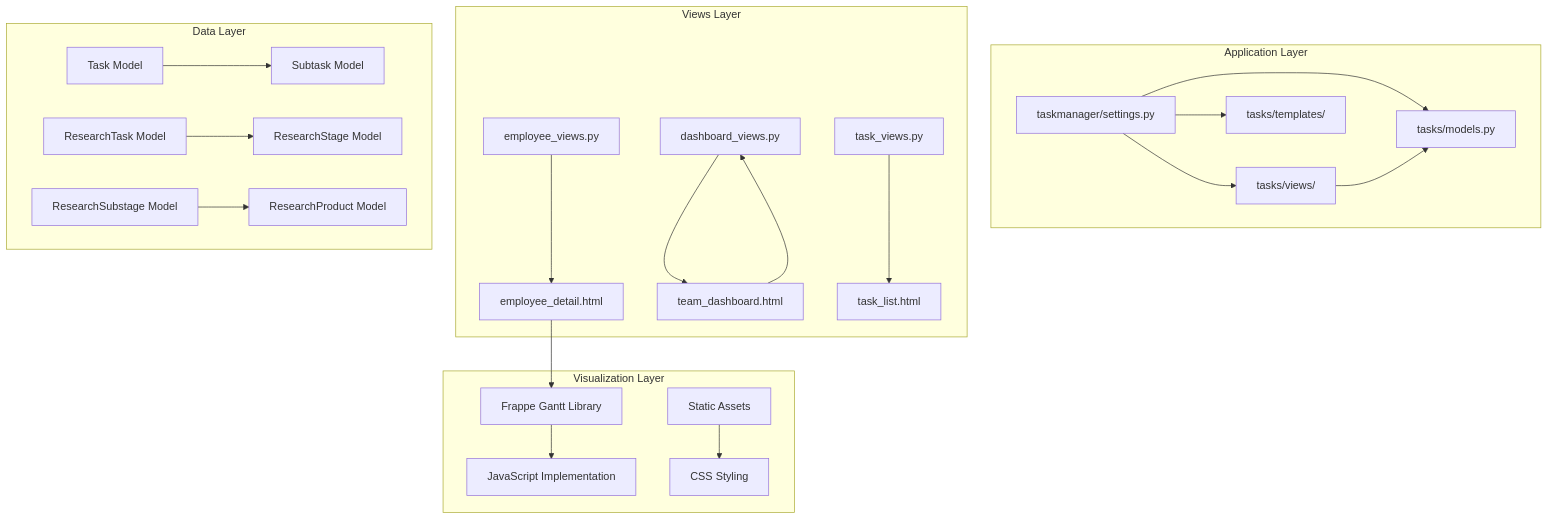
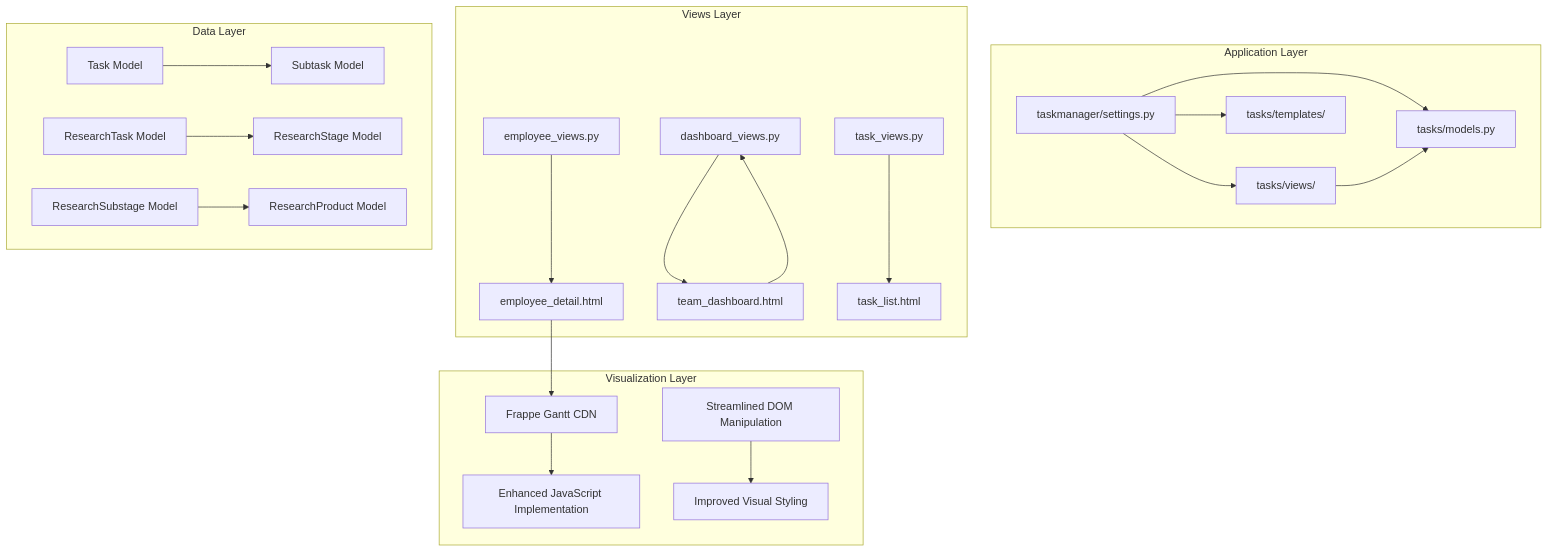
The first of 9 diagrams in .qoder/repowiki/en/content/User Interface and Templates/Gantt Chart Visualization System.md (Pavel9474/task_manager), drawn with Mermaid before and after one commit. The commit also changed other lines of this file and 11 other files, not shown here.

Commit message:
bars are added gantt correct, popup windows works

````diff
--- a/.qoder/repowiki/en/content/User Interface and Templates/Gantt Chart Visualization System.md
+++ b/.qoder/repowiki/en/content/User Interface and Templates/Gantt Chart Visualization System.md
@@ -35,25 +46,25 @@
 ```mermaid
 graph TB
 subgraph "Application Layer"
 A[taskmanager/settings.py] --> B[tasks/models.py]
 A --> C[tasks/views/]
 A --> D[tasks/templates/]
 end
 subgraph "Views Layer"
 C1[employee_views.py] --> E[employee_detail.html]
 C2[dashboard_views.py] --> F[team_dashboard.html]
 C3[task_views.py] --> G[task_list.html]
 end
 subgraph "Data Layer"
 B1[Task Model] --> H[Subtask Model]
 B2[ResearchTask Model] --> I[ResearchStage Model]
 B3[ResearchSubstage Model] --> J[ResearchProduct Model]
 end
 subgraph "Visualization Layer"
-K[Frappe Gantt Library] --> L[JavaScript Implementation]
-M[Static Assets] --> N[CSS Styling]
+K[Frappe Gantt CDN] --> L[Enhanced JavaScript Implementation]
+M[Streamlined DOM Manipulation] --> N[Improved Visual Styling]
 end
 C --> B
 E --> K
 F --> C2
 ```
````
